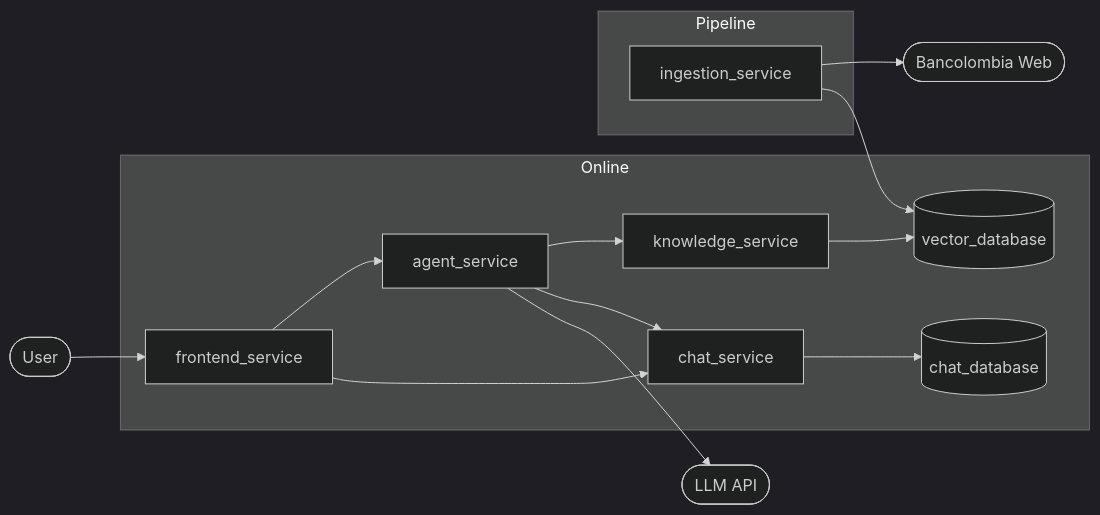
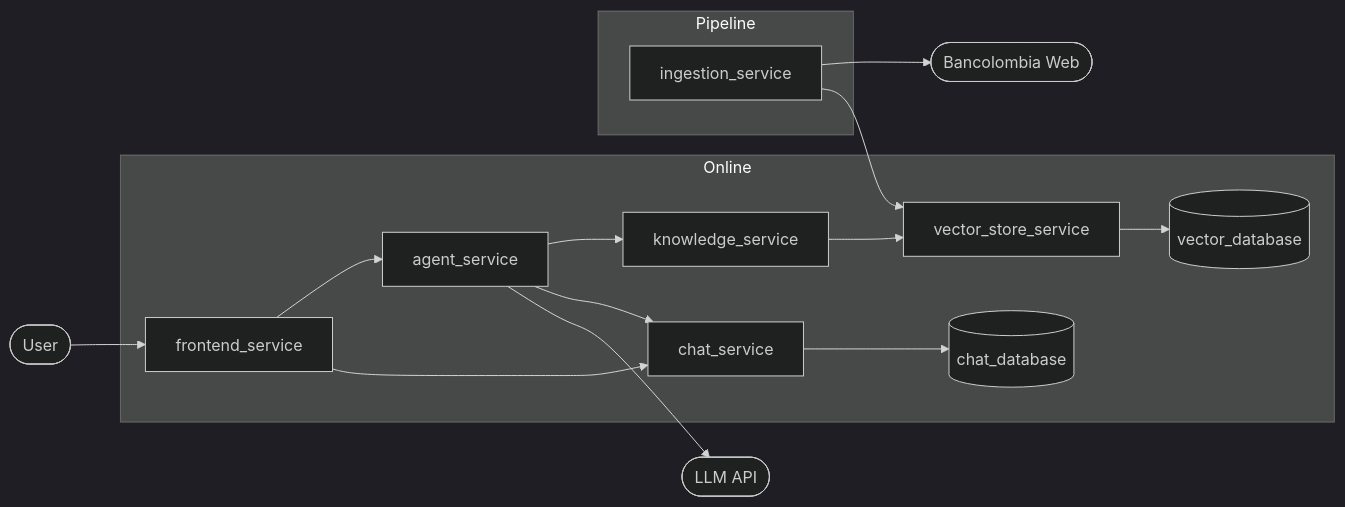
The first of 3 diagrams in bancolombia-rag/docs/architecture.md (CrisBeltBic/prueba_ai_eng), drawn with Mermaid (dark theme) before and after one commit. The commit also changed other lines of this file and 10 other files, not shown here.

````diff
--- a/bancolombia-rag/docs/architecture.md
+++ b/bancolombia-rag/docs/architecture.md
@@ -5,30 +5,32 @@
 ```mermaid
 flowchart LR
     User([User])
     LLM([LLM API])
     Web([Bancolombia Web])
 
     subgraph Online
         Front[frontend_service]
         Agent[agent_service]
         Knowledge[knowledge_service]
         Chat[chat_service]
+        VectorStore[vector_store_service]
         VectorDB[(vector_database)]
         ChatDB[(chat_database)]
     end
 
     subgraph Pipeline
         Ingestion[ingestion_service]
     end
 
     User --> Front
     Front --> Agent
     Front --> Chat
     Agent --> Knowledge
     Agent --> Chat
     Agent --> LLM
-    Knowledge --> VectorDB
+    Knowledge --> VectorStore
+    VectorStore --> VectorDB
     Chat --> ChatDB
     Ingestion --> Web
-    Ingestion --> VectorDB
+    Ingestion --> VectorStore
 ```
````
